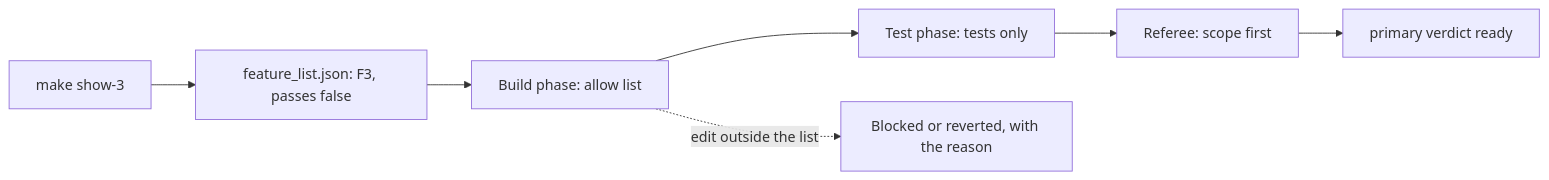
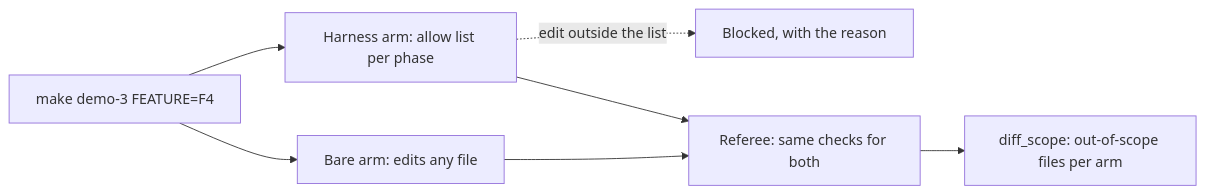
The third of 5 diagrams in slides/deck.md (ANI-IN/shipharness-dev), drawn with Mermaid before and after one commit. The commit also changed other lines of this file and 12 other files, not shown here.

````diff
--- a/slides/deck.md
+++ b/slides/deck.md
@@ -737,9 +707,9 @@
 ```mermaid
 flowchart LR
-  L["make show-3"] --> F["feature_list.json: F3, passes false"]
-  F --> B["Build phase: allow list"]
-  B --> T["Test phase: tests only"]
-  B -. "edit outside the list" .-> X["Blocked or reverted, with the reason"]
-  T --> R["Referee: scope first"]
-  R --> V["primary verdict ready"]
+  L["make demo-3 FEATURE=F4"] --> BA["Bare arm: edits any file"]
+  L --> HA["Harness arm: allow list per phase"]
+  HA -. "edit outside the list" .-> X["Blocked, with the reason"]
+  BA --> R["Referee: same checks for both"]
+  HA --> R
+  R --> D["diff_scope: out-of-scope files per arm"]
 ```
````
